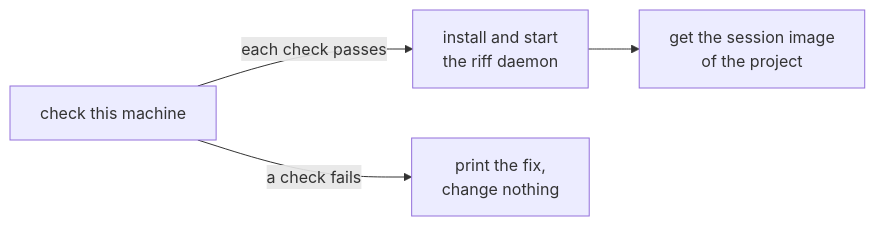
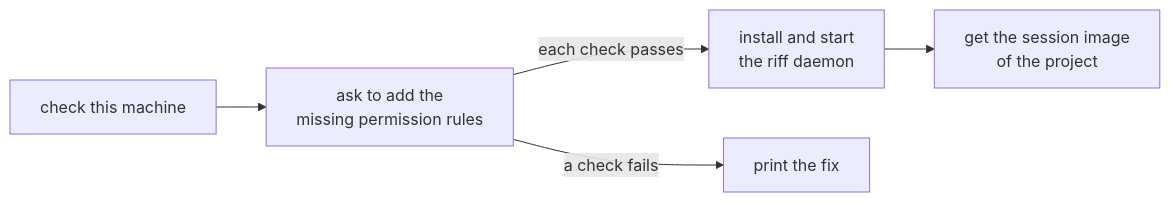
Before and after one commit to como-technologies/riff: the second of 2 diagrams in docs/src/start-a-riff.md, drawn with Mermaid. The commit also changed other lines of this file and 6 other files, not shown here.

````diff
--- a/docs/src/start-a-riff.md
+++ b/docs/src/start-a-riff.md
@@ -175,6 +180,7 @@
 ```mermaid
 flowchart LR
-    C["check this machine"] -- "each check passes" --> D["install and start<br/>the riff daemon"]
-    C -- "a check fails" --> F["print the fix,<br/>change nothing"]
+    C["check this machine"] --> R["ask to add the<br/>missing permission rules"]
+    R -- "each check passes" --> D["install and start<br/>the riff daemon"]
+    R -- "a check fails" --> F["print the fix"]
     D --> I["get the session image<br/>of the project"]
 ```
````
